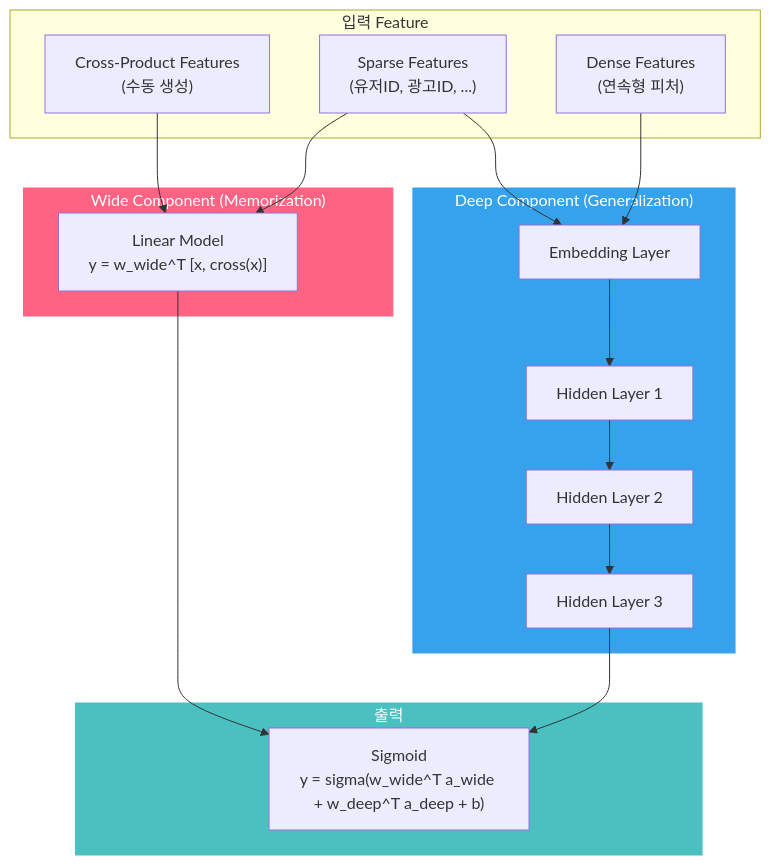
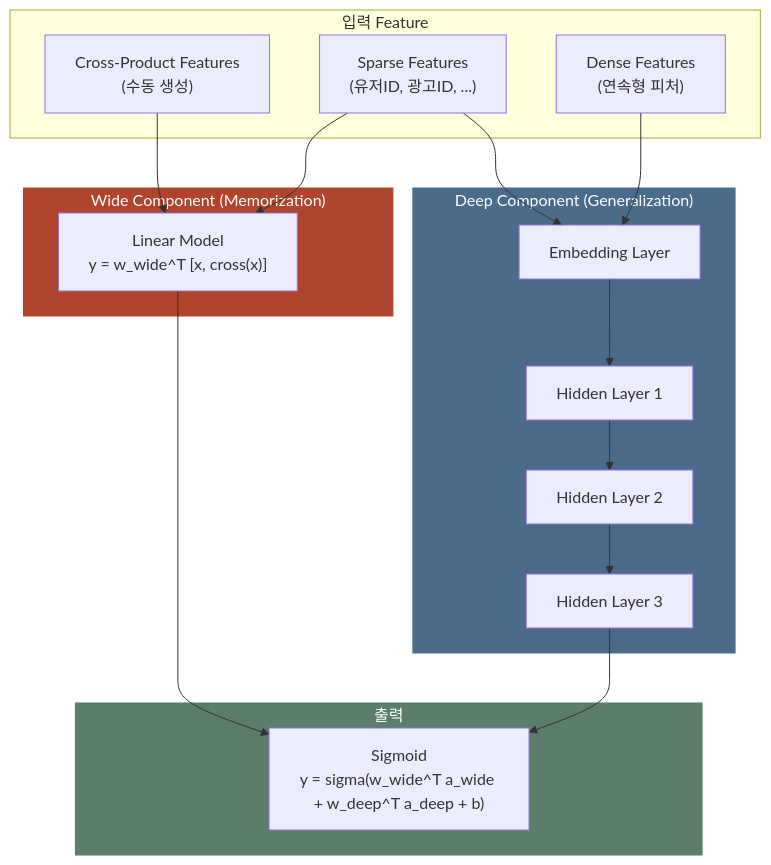
One commit to chkimsu/adtech-blog changed the first of 5 diagrams in posts/deep-ctr-models.md. Above: the diagram before and after it, drawn with Mermaid. The commit also changed other lines of this file and 40 other files, not shown here.

````diff
--- a/posts/deep-ctr-models.md
+++ b/posts/deep-ctr-models.md
@@ -373,38 +373,38 @@
 ```mermaid
 graph TD
     subgraph Input["입력 Feature"]
         SPARSE["Sparse Features<br/>(유저ID, 광고ID, ...)"]
         DENSE["Dense Features<br/>(연속형 피처)"]
         CROSS["Cross-Product Features<br/>(수동 생성)"]
     end
 
     subgraph Wide["Wide Component (Memorization)"]
         W_LINEAR["Linear Model<br/>y = w_wide^T [x, cross(x)]"]
     end
 
     subgraph Deep["Deep Component (Generalization)"]
         EMB["Embedding Layer"]
         H1["Hidden Layer 1"]
         H2["Hidden Layer 2"]
         H3["Hidden Layer 3"]
     end
 
     SPARSE --> EMB
     DENSE --> EMB
     CROSS --> W_LINEAR
     SPARSE --> W_LINEAR
     EMB --> H1
     H1 --> H2
     H2 --> H3
 
     subgraph Output["출력"]
         COMBINE["Sigmoid<br/>y = sigma(w_wide^T a_wide + w_deep^T a_deep + b)"]
     end
 
     W_LINEAR --> COMBINE
     H3 --> COMBINE
 
-    style Wide fill:#ff6384,stroke:#ff6384,color:#fff
-    style Deep fill:#36a2eb,stroke:#36a2eb,color:#fff
-    style Output fill:#4bc0c0,stroke:#4bc0c0,color:#fff
+    style Wide fill:#b0442c,stroke:#b0442c,color:#fff
+    style Deep fill:#4a6b8a,stroke:#4a6b8a,color:#fff
+    style Output fill:#5b7d6a,stroke:#5b7d6a,color:#fff
 ```
````
